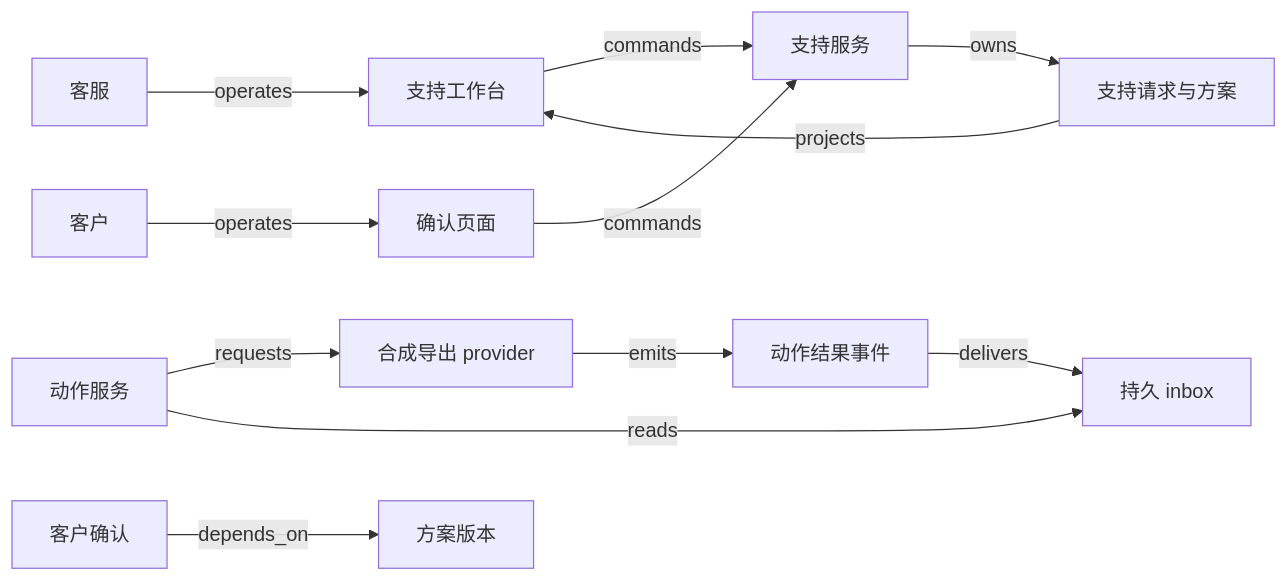
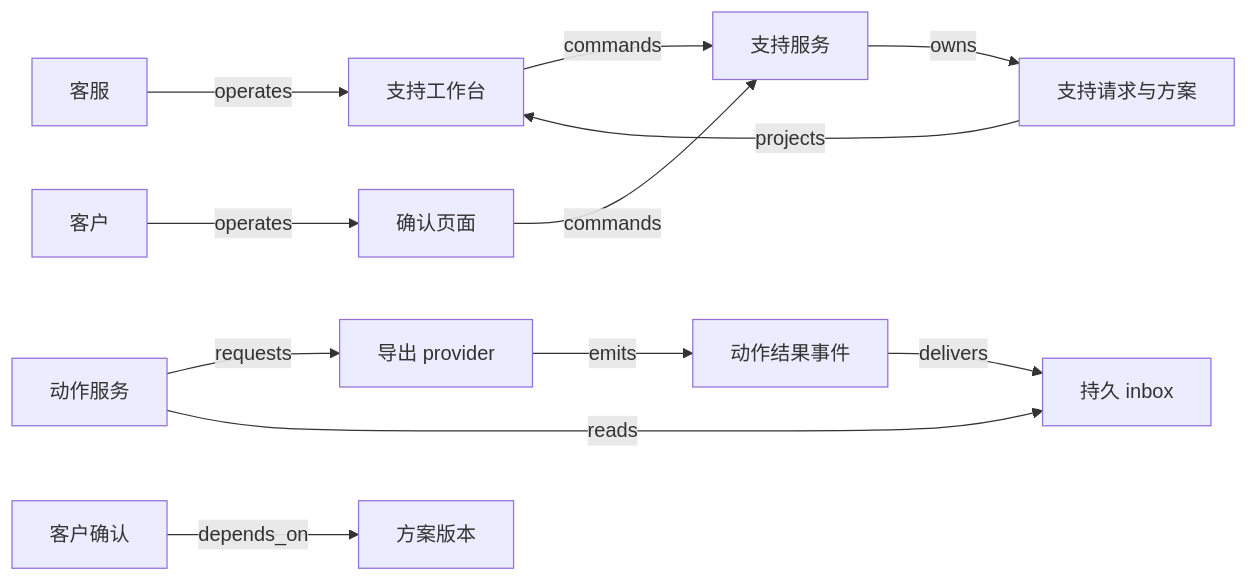
The diagram in books/saas-engineering/packages/people-service/H06.md (lesPrivilege/Praxis), drawn with Mermaid before and after one commit. The commit also changed other lines of this file and 190 other files, not shown here.

````diff
--- a/books/saas-engineering/packages/people-service/H06.md
+++ b/books/saas-engineering/packages/people-service/H06.md
@@ -40,14 +40,14 @@
 ```mermaid
 flowchart LR
   Agent[客服] -->|operates| Desk[支持工作台]
   Desk -->|commands| Support[支持服务]
   Support -->|owns| Request[支持请求与方案]
-  Action[动作服务] -->|requests| Provider[合成导出 provider]
+  Action[动作服务] -->|requests| Provider[导出 provider]
   Provider -->|emits| Result[动作结果事件]
   Result -->|delivers| Inbox[持久 inbox]
   Action -->|reads| Inbox
   Customer[客户] -->|operates| Portal[确认页面]
   Portal -->|commands| Support
   Acceptance[客户确认] -->|depends_on| Resolution[方案版本]
   Request -->|projects| Desk
 ```
````
